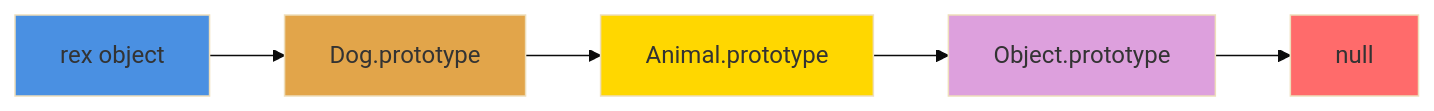
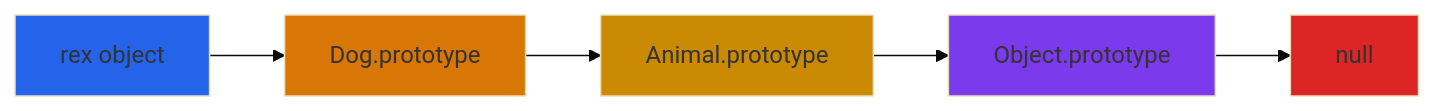
Before and after one commit to upasanaprabhakar/web-dev-handbook: the second of 2 diagrams in javascript/inheritence_prototypes/README.md, drawn with Mermaid (base theme). The commit also changed other lines of this file, not shown here.

Commit message:
inheritence and prototypes topic with examples

````diff
--- a/javascript/inheritence_prototypes/README.md
+++ b/javascript/inheritence_prototypes/README.md
@@ -150,13 +150,13 @@
 ```mermaid
 graph LR
     A[rex object] --> B[Dog.prototype]
     B --> C[Animal.prototype]
     C --> D[Object.prototype]
     D --> E[null]
     
-    style A fill:#4a90e2
-    style B fill:#e2a54a
-    style C fill:#FFD700
-    style D fill:#DDA0DD
-    style E fill:#FF6B6B
+    style A fill:#2563EB
+    style B fill:#D97706
+    style C fill:#CA8A04
+    style D fill:#7C3AED
+    style E fill:#DC2626
 ```
````
